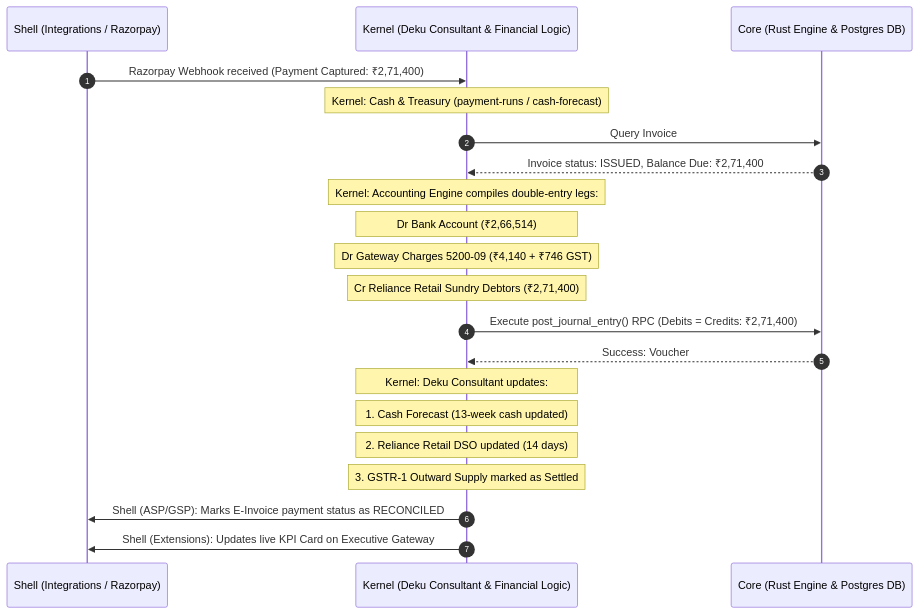
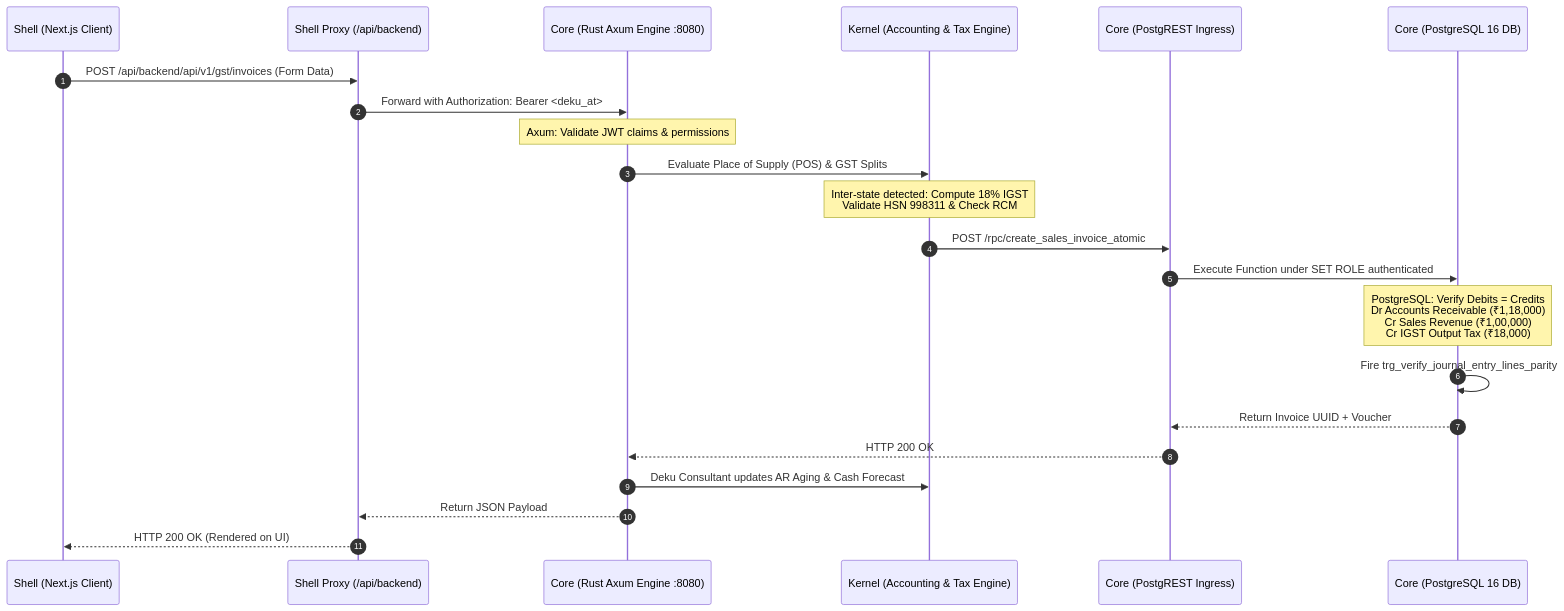
Before and after one commit to Medhansh-K/Deku-Finance: the second of 2 diagrams in docs/DEKU_CORE_KERNEL_SHELL_ARCHITECTURE.md, drawn with Mermaid. The commit also changed other lines of this file and 30 other files, not shown here.

Commit message:
feat: complete runtime baseline validation, keyboard navigation refactor, and architecture docs

````diff
--- a/docs/DEKU_CORE_KERNEL_SHELL_ARCHITECTURE.md
+++ b/docs/DEKU_CORE_KERNEL_SHELL_ARCHITECTURE.md
@@ -317,28 +234,25 @@
 ```mermaid
 sequenceDiagram
     autonumber
-    participant Shell as Shell (Integrations / Razorpay)
-    participant Kernel as Kernel (Deku Consultant & Financial Logic)
-    participant Core as Core (Rust Engine & Postgres DB)
+    participant Client as Shell (Next.js Client)
+    participant Proxy as Shell Proxy (/api/backend)
+    participant Axum as Core (Rust Axum Engine :8080)
+    participant Kernel as Kernel (Accounting & Tax Engine)
+    participant PGRST as Core (PostgREST Ingress)
+    participant PG as Core (PostgreSQL 16 DB)
 
-    Shell->>Kernel: Razorpay Webhook received (Payment Captured: ₹2,71,400)
-    Note over Kernel: Kernel: Cash & Treasury (payment-runs / cash-forecast)
-    Kernel->>Core: Query Invoice #INV-2026-089 from Accounting Memory
-    Core-->>Kernel: Invoice status: ISSUED, Balance Due: ₹2,71,400
-
-    Note over Kernel: Kernel: Accounting Engine compiles double-entry legs:
-    Note over Kernel: Dr Bank Account (₹2,66,514)
-    Note over Kernel: Dr Gateway Charges 5200-09 (₹4,140 + ₹746 GST)
-    Note over Kernel: Cr Reliance Retail Sundry Debtors (₹2,71,400)
-
-    Kernel->>Core: Execute post_journal_entry() RPC (Debits = Credits: ₹2,71,400)
-    Core-->>Kernel: Success: Voucher #REC-2026-042 Posted (Immutable)
-
-    Note over Kernel: Kernel: Deku Consultant updates:
-    Note over Kernel: 1. Cash Forecast (13-week cash updated)
-    Note over Kernel: 2. Reliance Retail DSO updated (14 days)
-    Note over Kernel: 3. GSTR-1 Outward Supply marked as Settled
-
-    Kernel->>Shell: Shell (ASP/GSP): Marks E-Invoice payment status as RECONCILED
-    Kernel->>Shell: Shell (Extensions): Updates live KPI Card on Executive Gateway
+    Client->>Proxy: POST /api/backend/api/v1/gst/invoices (Form Data)
+    Proxy->>Axum: Forward with Authorization: Bearer <deku_at>
+    Note over Axum: Axum: Validate JWT claims & permissions
+    Axum->>Kernel: Evaluate Place of Supply (POS) & GST Splits
+    Note over Kernel: Inter-state detected: Compute 18% IGST<br/>Validate HSN 998311 & Check RCM
+    Kernel->>PGRST: POST /rpc/create_sales_invoice_atomic
+    PGRST->>PG: Execute Function under SET ROLE authenticated
+    Note over PG: PostgreSQL: Verify Debits = Credits<br/>Dr Accounts Receivable (₹1,18,000)<br/>Cr Sales Revenue (₹1,00,000)<br/>Cr IGST Output Tax (₹18,000)
+    PG->>PG: Fire trg_verify_journal_entry_lines_parity
+    PG-->>PGRST: Return Invoice UUID + Voucher #SAL-2026-001 (Status: POSTED)
+    PGRST-->>Axum: HTTP 200 OK
+    Axum->>Kernel: Deku Consultant updates AR Aging & Cash Forecast
+    Axum-->>Proxy: Return JSON Payload
+    Proxy-->>Client: HTTP 200 OK (Rendered on UI)
 ```
````
